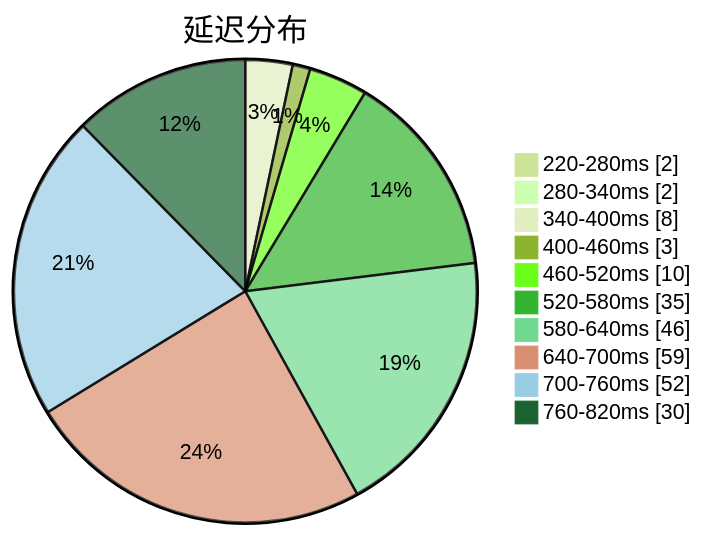
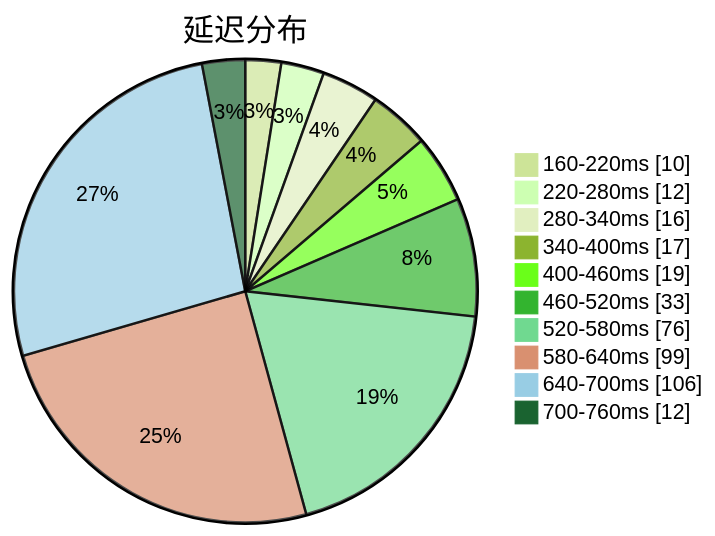
One commit to qjlxg/airport changed the first of 3 diagrams in subs/statistics/tested_within.md. Above: the diagram before and after it, drawn with Mermaid (forest theme). The commit also changed other lines of this file and 2 other files, not shown here.

Commit message:
Tested by metaST

````diff
--- a/subs/statistics/tested_within.md
+++ b/subs/statistics/tested_within.md
@@ -2,14 +2,14 @@
 ```mermaid
 pie showData
 title 延迟分布
-"220-280ms" : 2
-"280-340ms" : 2
-"340-400ms" : 8
-"400-460ms" : 3
-"460-520ms" : 10
-"520-580ms" : 35
-"580-640ms" : 46
-"640-700ms" : 59
-"700-760ms" : 52
-"760-820ms" : 30
+"160-220ms" : 10
+"220-280ms" : 12
+"280-340ms" : 16
+"340-400ms" : 17
+"400-460ms" : 19
+"460-520ms" : 33
+"520-580ms" : 76
+"580-640ms" : 99
+"640-700ms" : 106
+"700-760ms" : 12
 ```
````
